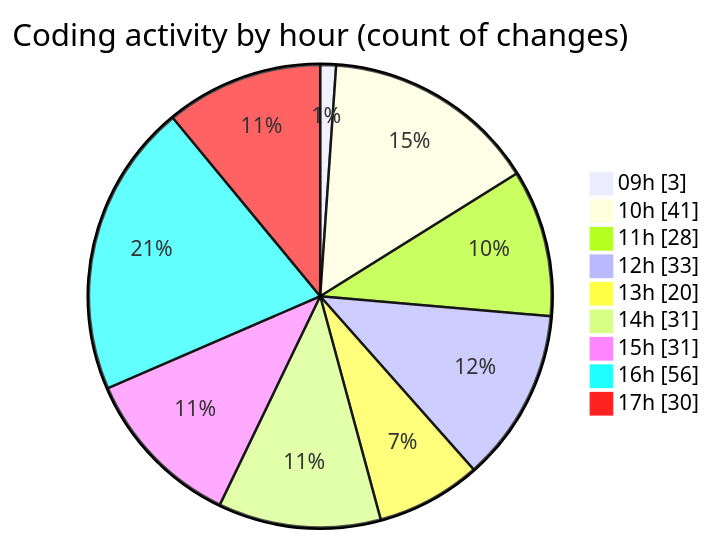
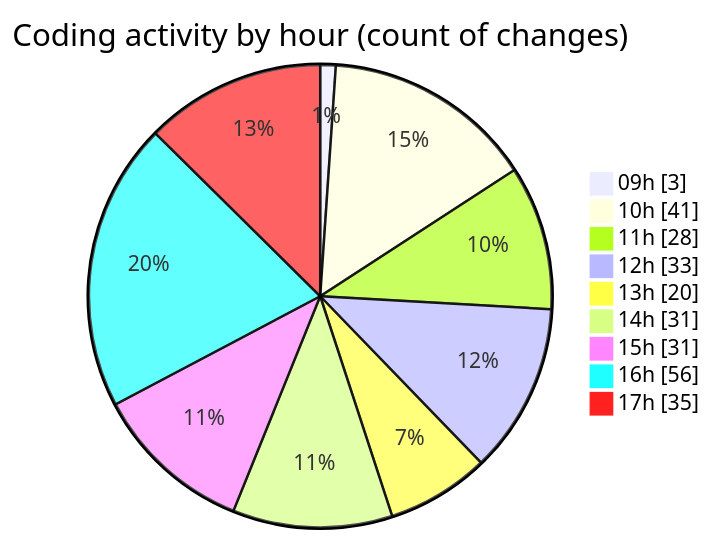
One commit to CELIANVF/code-tracking changed the second of 2 diagrams in 2025-05-19/ecodeli-1/README.md. Above: the diagram before and after it, drawn with Mermaid. The commit also changed other lines of this file and 1 other file, not shown here.

````diff
--- a/2025-05-19/ecodeli-1/README.md
+++ b/2025-05-19/ecodeli-1/README.md
@@ -103,13 +103,13 @@
 ```mermaid
 pie showData
 title Coding activity by hour (count of changes)
 "09h" : 3
 "10h" : 41
 "11h" : 28
 "12h" : 33
 "13h" : 20
 "14h" : 31
 "15h" : 31
 "16h" : 56
-"17h" : 30
+"17h" : 35
 ```
````
